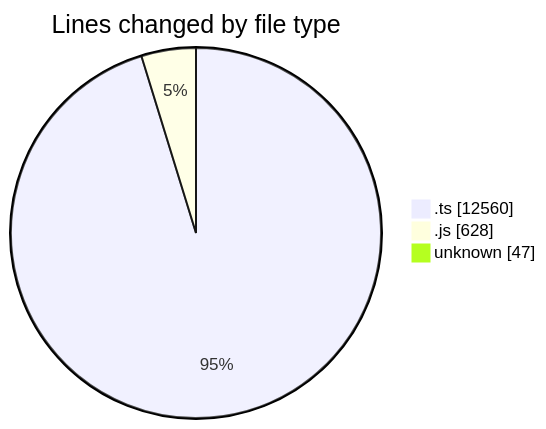
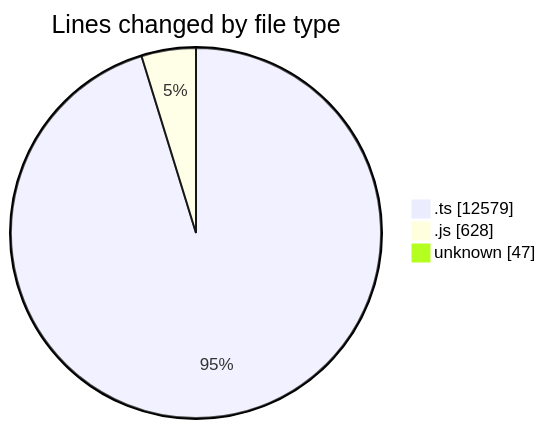
Before and after one commit to momahboobian/code-tracking: the first of 2 diagrams in 2025-09-05/cda/README.md, drawn with Mermaid. The commit also changed other lines of this file and 1 other file, not shown here.

````diff
--- a/2025-09-05/cda/README.md
+++ b/2025-09-05/cda/README.md
@@ -25,7 +25,7 @@
 ```mermaid
 pie showData
 title Lines changed by file type
-".ts" : 12560
+".ts" : 12579
 ".js" : 628
 "unknown" : 47
 ```
````
